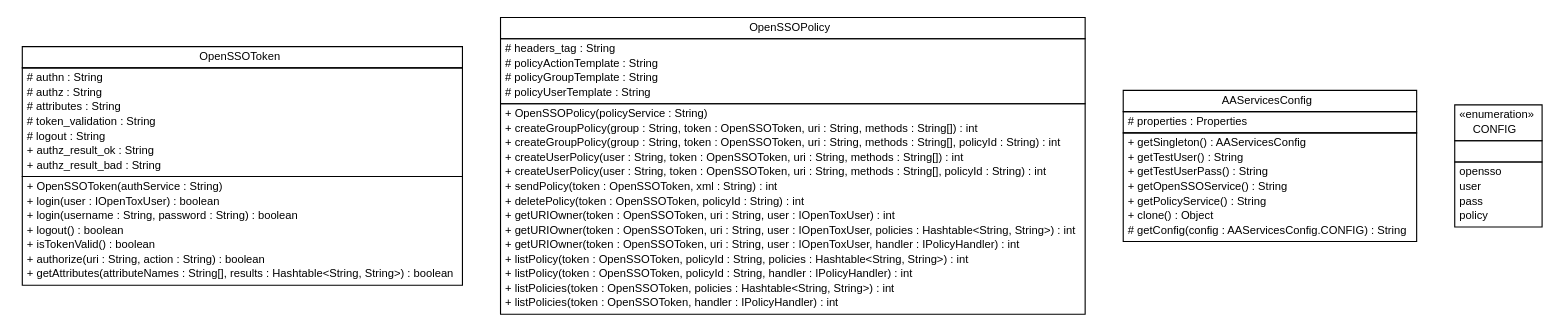
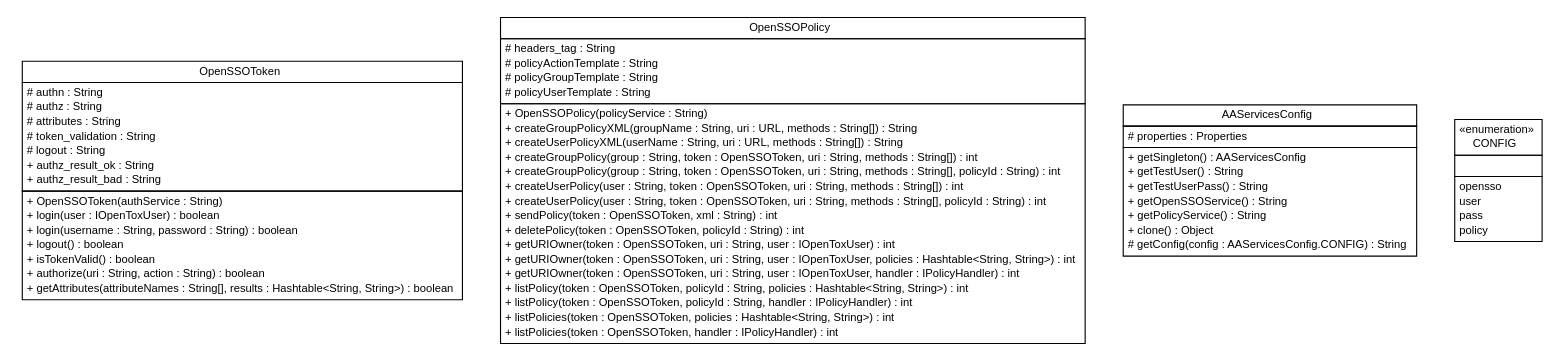
The diagram in apidocs/org/opentox/aa/opensso/org.opentox.aa.opensso.dot (vedina/opentox-aa-cli), drawn with Graphviz before and after one commit. The commit also changed 190 other files, not shown here.

```diff
--- a/apidocs/org/opentox/aa/opensso/org.opentox.aa.opensso.dot
+++ b/apidocs/org/opentox/aa/opensso/org.opentox.aa.opensso.dot
@@ -1,96 +1,98 @@
 #!/usr/local/bin/dot
 #
 # Class diagram 
 # Generated by UmlGraph version 4.6 (http://www.spinellis.gr/sw/umlgraph)
 #
 
 digraph G {
 	edge [fontname="arial",fontsize=10,labelfontname="arial",labelfontsize=10];
 	node [fontname="arial",fontsize=10,shape=plaintext];
 	// org.opentox.aa.opensso.OpenSSOToken
-	c94 [label=<<table border="0" cellborder="1" cellspacing="0" cellpadding="2" port="p" href="./OpenSSOToken.html">
+	c106 [label=<<table border="0" cellborder="1" cellspacing="0" cellpadding="2" port="p" href="./OpenSSOToken.html">
 		<tr><td><table border="0" cellspacing="0" cellpadding="1">
 			<tr><td> OpenSSOToken </td></tr>
 		</table></td></tr>
 		<tr><td><table border="0" cellspacing="0" cellpadding="1">
 			<tr><td align="left"> # authn : String </td></tr>
 			<tr><td align="left"> # authz : String </td></tr>
 			<tr><td align="left"> # attributes : String </td></tr>
 			<tr><td align="left"> # token_validation : String </td></tr>
 			<tr><td align="left"> # logout : String </td></tr>
 			<tr><td align="left"> + authz_result_ok : String </td></tr>
 			<tr><td align="left"> + authz_result_bad : String </td></tr>
 		</table></td></tr>
 		<tr><td><table border="0" cellspacing="0" cellpadding="1">
 			<tr><td align="left"> + OpenSSOToken(authService : String) </td></tr>
 			<tr><td align="left"> + login(user : IOpenToxUser) : boolean </td></tr>
 			<tr><td align="left"> + login(username : String, password : String) : boolean </td></tr>
 			<tr><td align="left"> + logout() : boolean </td></tr>
 			<tr><td align="left"> + isTokenValid() : boolean </td></tr>
 			<tr><td align="left"> + authorize(uri : String, action : String) : boolean </td></tr>
 			<tr><td align="left"> + getAttributes(attributeNames : String[], results : Hashtable&lt;String, String&gt;) : boolean </td></tr>
 		</table></td></tr>
 		</table>>, fontname="arial", fontcolor="black", fontsize=10.0];
 	// org.opentox.aa.opensso.OpenSSOPolicy
-	c95 [label=<<table border="0" cellborder="1" cellspacing="0" cellpadding="2" port="p" href="./OpenSSOPolicy.html">
+	c107 [label=<<table border="0" cellborder="1" cellspacing="0" cellpadding="2" port="p" href="./OpenSSOPolicy.html">
 		<tr><td><table border="0" cellspacing="0" cellpadding="1">
 			<tr><td> OpenSSOPolicy </td></tr>
 		</table></td></tr>
 		<tr><td><table border="0" cellspacing="0" cellpadding="1">
 			<tr><td align="left"> # headers_tag : String </td></tr>
 			<tr><td align="left"> # policyActionTemplate : String </td></tr>
 			<tr><td align="left"> # policyGroupTemplate : String </td></tr>
 			<tr><td align="left"> # policyUserTemplate : String </td></tr>
 		</table></td></tr>
 		<tr><td><table border="0" cellspacing="0" cellpadding="1">
 			<tr><td align="left"> + OpenSSOPolicy(policyService : String) </td></tr>
+			<tr><td align="left"> + createGroupPolicyXML(groupName : String, uri : URL, methods : String[]) : String </td></tr>
+			<tr><td align="left"> + createUserPolicyXML(userName : String, uri : URL, methods : String[]) : String </td></tr>
 			<tr><td align="left"> + createGroupPolicy(group : String, token : OpenSSOToken, uri : String, methods : String[]) : int </td></tr>
 			<tr><td align="left"> + createGroupPolicy(group : String, token : OpenSSOToken, uri : String, methods : String[], policyId : String) : int </td></tr>
 			<tr><td align="left"> + createUserPolicy(user : String, token : OpenSSOToken, uri : String, methods : String[]) : int </td></tr>
 			<tr><td align="left"> + createUserPolicy(user : String, token : OpenSSOToken, uri : String, methods : String[], policyId : String) : int </td></tr>
 			<tr><td align="left"> + sendPolicy(token : OpenSSOToken, xml : String) : int </td></tr>
 			<tr><td align="left"> + deletePolicy(token : OpenSSOToken, policyId : String) : int </td></tr>
 			<tr><td align="left"> + getURIOwner(token : OpenSSOToken, uri : String, user : IOpenToxUser) : int </td></tr>
 			<tr><td align="left"> + getURIOwner(token : OpenSSOToken, uri : String, user : IOpenToxUser, policies : Hashtable&lt;String, String&gt;) : int </td></tr>
 			<tr><td align="left"> + getURIOwner(token : OpenSSOToken, uri : String, user : IOpenToxUser, handler : IPolicyHandler) : int </td></tr>
 			<tr><td align="left"> + listPolicy(token : OpenSSOToken, policyId : String, policies : Hashtable&lt;String, String&gt;) : int </td></tr>
 			<tr><td align="left"> + listPolicy(token : OpenSSOToken, policyId : String, handler : IPolicyHandler) : int </td></tr>
 			<tr><td align="left"> + listPolicies(token : OpenSSOToken, policies : Hashtable&lt;String, String&gt;) : int </td></tr>
 			<tr><td align="left"> + listPolicies(token : OpenSSOToken, handler : IPolicyHandler) : int </td></tr>
 		</table></td></tr>
 		</table>>, fontname="arial", fontcolor="black", fontsize=10.0];
 	// org.opentox.aa.opensso.AAServicesConfig
-	c96 [label=<<table border="0" cellborder="1" cellspacing="0" cellpadding="2" port="p" href="./AAServicesConfig.html">
+	c108 [label=<<table border="0" cellborder="1" cellspacing="0" cellpadding="2" port="p" href="./AAServicesConfig.html">
 		<tr><td><table border="0" cellspacing="0" cellpadding="1">
 			<tr><td> AAServicesConfig </td></tr>
 		</table></td></tr>
 		<tr><td><table border="0" cellspacing="0" cellpadding="1">
 			<tr><td align="left"> # properties : Properties </td></tr>
 		</table></td></tr>
 		<tr><td><table border="0" cellspacing="0" cellpadding="1">
 			<tr><td align="left"> + getSingleton() : AAServicesConfig </td></tr>
 			<tr><td align="left"> + getTestUser() : String </td></tr>
 			<tr><td align="left"> + getTestUserPass() : String </td></tr>
 			<tr><td align="left"> + getOpenSSOService() : String </td></tr>
 			<tr><td align="left"> + getPolicyService() : String </td></tr>
 			<tr><td align="left"> + clone() : Object </td></tr>
 			<tr><td align="left"> # getConfig(config : AAServicesConfig.CONFIG) : String </td></tr>
 		</table></td></tr>
 		</table>>, fontname="arial", fontcolor="black", fontsize=10.0];
 	// org.opentox.aa.opensso.AAServicesConfig.CONFIG
-	c97 [label=<<table border="0" cellborder="1" cellspacing="0" cellpadding="2" port="p" href="./AAServicesConfig.CONFIG.html">
+	c109 [label=<<table border="0" cellborder="1" cellspacing="0" cellpadding="2" port="p" href="./AAServicesConfig.CONFIG.html">
 		<tr><td><table border="0" cellspacing="0" cellpadding="1">
 			<tr><td> &laquo;enumeration&raquo; </td></tr>
 			<tr><td> CONFIG </td></tr>
 		</table></td></tr>
 		<tr><td><table border="0" cellspacing="0" cellpadding="1">
 			<tr><td align="left">  </td></tr>
 		</table></td></tr>
 		<tr><td><table border="0" cellspacing="0" cellpadding="1">
 			<tr><td align="left"> opensso </td></tr>
 			<tr><td align="left"> user </td></tr>
 			<tr><td align="left"> pass </td></tr>
 			<tr><td align="left"> policy </td></tr>
 		</table></td></tr>
 		</table>>, fontname="arial", fontcolor="black", fontsize=10.0];
 }
```
